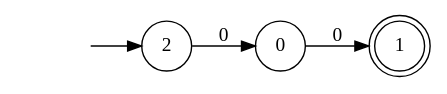
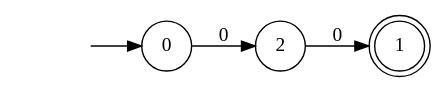
The diagram in dotfiles/DFA24.dot (Faymiaouent/Automa4U), drawn with Graphviz before and after one commit. The commit also changed 100 other files, not shown here.

```diff
--- a/dotfiles/DFA24.dot
+++ b/dotfiles/DFA24.dot
@@ -1,10 +1,10 @@
 digraph Automaton {
   rankdir = LR;
 node [shape=circle];
-  0 -> 1 [label="0"];
+  initial [shape=plaintext,label=""];
+  initial -> 0
+  0 -> 2 [label="0"];
 1 [shape=doublecircle]; 
 node [shape=circle];
-  initial [shape=plaintext,label=""];
-  initial -> 2
-  2 -> 0 [label="0"];
+  2 -> 1 [label="0"];
 }
```
